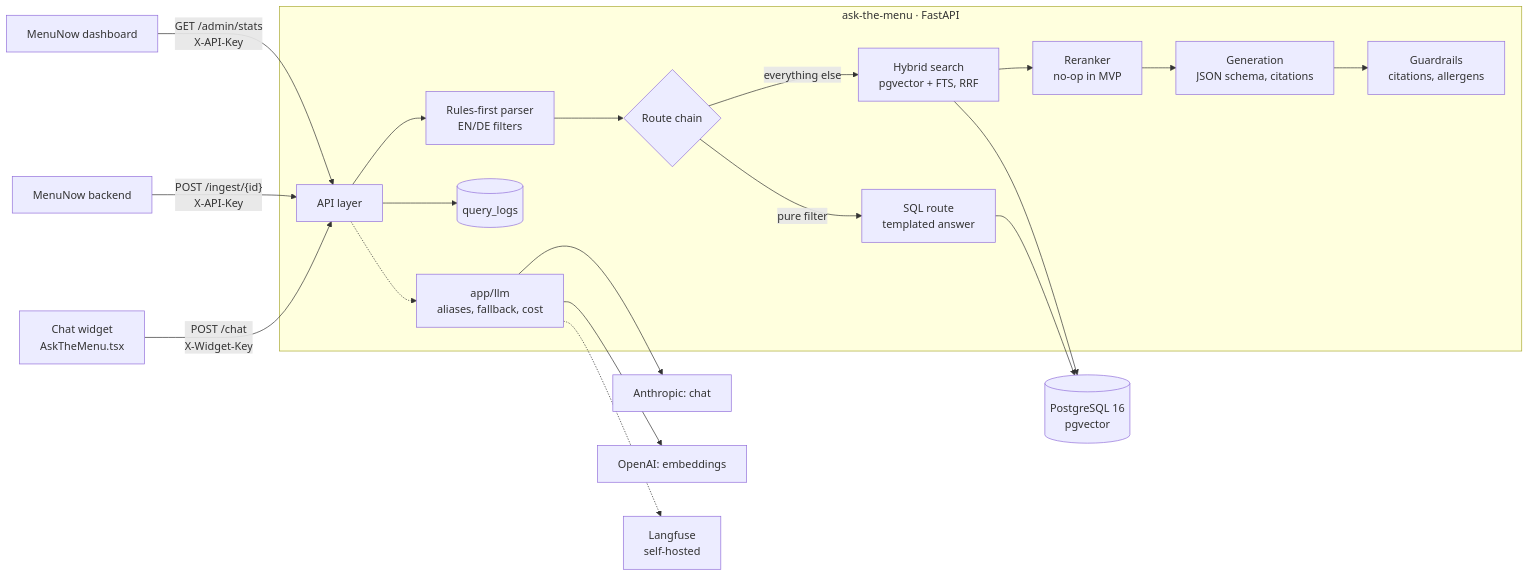
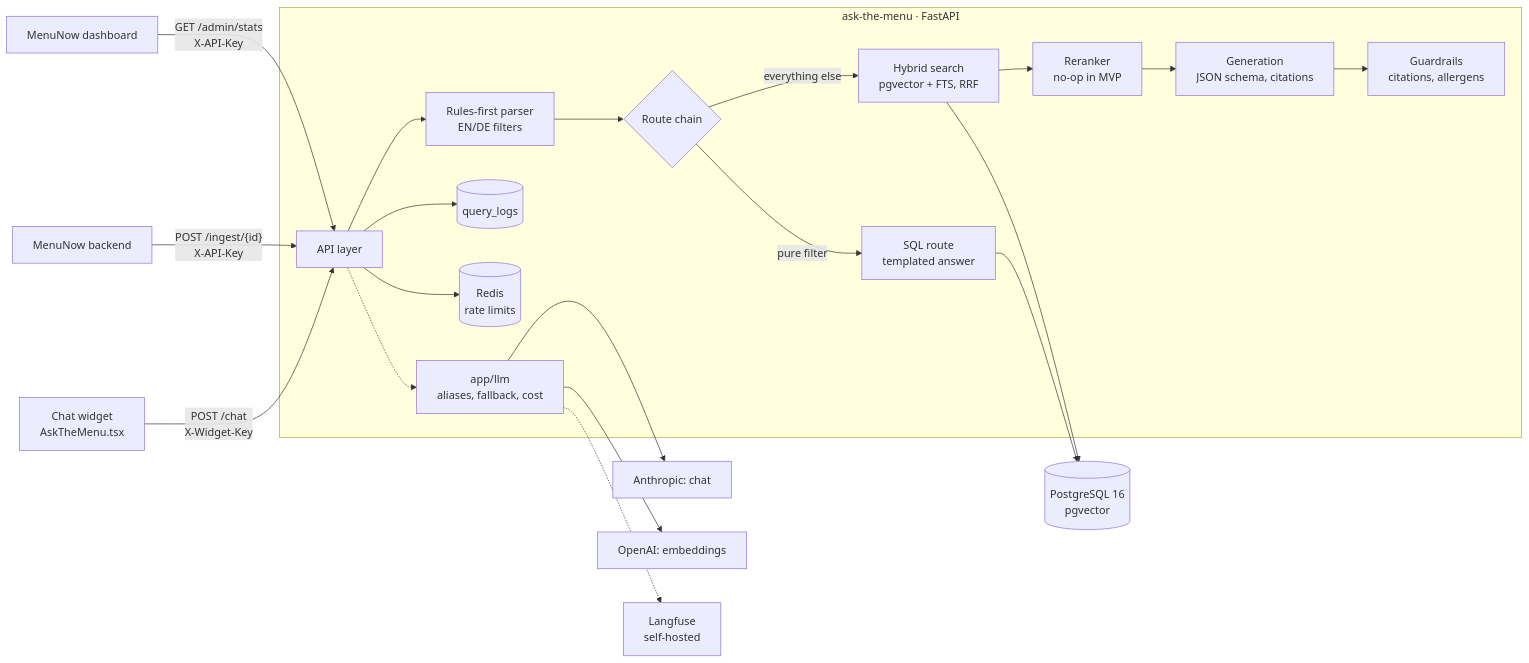
Before and after one commit to devasick/ask-the-menu: the diagram in README.md, drawn with Mermaid. The commit also changed other lines of this file and 14 other files, not shown here.

First line of the commit message:
Step 8: rate limits (Redis) and monthly budget with search-only fallback

````diff
--- a/README.md
+++ b/README.md
@@ -28,24 +28,25 @@
 ```mermaid
 flowchart LR
     W[Chat widget<br/>AskTheMenu.tsx] -- "POST /chat<br/>X-Widget-Key" --> API
     M[MenuNow backend] -- "POST /ingest/{id}<br/>X-API-Key" --> API
     D[MenuNow dashboard] -- "GET /admin/stats<br/>X-API-Key" --> API
 
     subgraph S[ask-the-menu · FastAPI]
         API[API layer] --> P[Rules-first parser<br/>EN/DE filters]
         P --> R{Route chain}
         R -- pure filter --> SQL[SQL route<br/>templated answer]
         R -- everything else --> H[Hybrid search<br/>pgvector + FTS, RRF]
         H --> RR[Reranker<br/>no-op in MVP]
         RR --> G[Generation<br/>JSON schema, citations]
         G --> GR[Guardrails<br/>citations, allergens]
         API --> L[(query_logs)]
+        API --> RD[(Redis<br/>rate limits)]
         API -.-> LLM[app/llm<br/>aliases, fallback, cost]
     end
 
     SQL --> PG[(PostgreSQL 16<br/>pgvector)]
     H --> PG
     LLM --> AN[Anthropic: chat]
     LLM --> OA[OpenAI: embeddings]
     LLM -.-> LF[Langfuse<br/>self-hosted]
 ```
````
